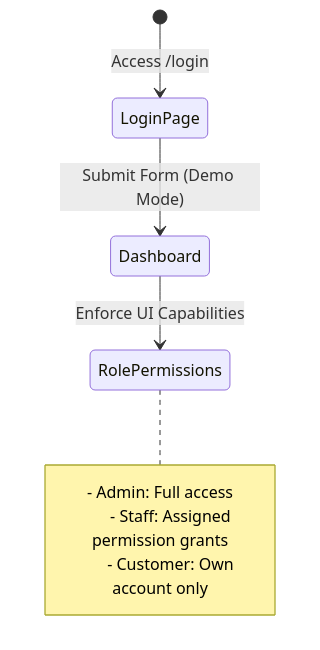
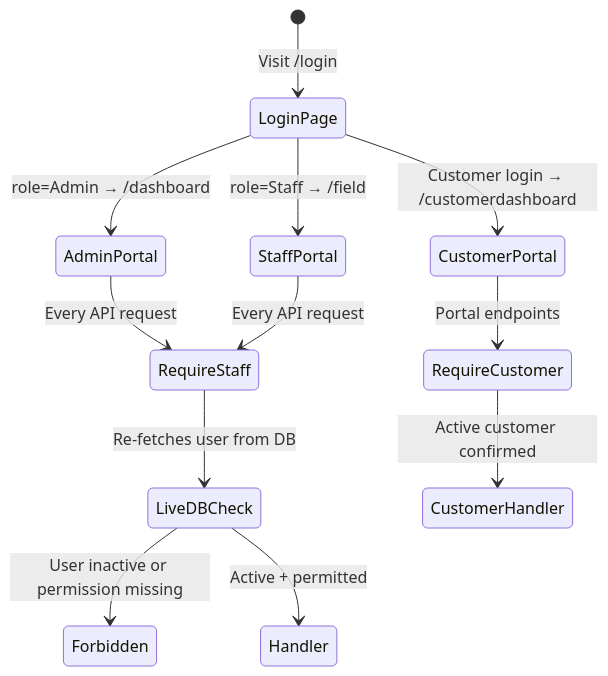
Before and after one commit to Perfect-Solution-International/Loan-management-system: the fourth of 4 diagrams in README.md, drawn with Mermaid. The commit also changed other lines of this file, not shown here.

````diff
--- a/README.md
+++ b/README.md
@@ -672,11 +628,16 @@
 ```mermaid
 stateDiagram-v2
-    [*] --> LoginPage : Access /login
-    LoginPage --> Dashboard : Submit Form (Demo Mode)
-    Dashboard --> RolePermissions : Enforce UI Capabilities
-    note right of RolePermissions
-      - Admin: Full access
-      - Staff: Assigned permission grants
-      - Customer: Own account only
-    end note
+    [*] --> LoginPage : Visit /login
+    LoginPage --> AdminPortal : role=Admin → /dashboard
+    LoginPage --> StaffPortal : role=Staff → /field
+    LoginPage --> CustomerPortal : Customer login → /customerdashboard
+
+    AdminPortal --> RequireStaff : Every API request
+    StaffPortal --> RequireStaff : Every API request
+    RequireStaff --> LiveDBCheck : Re-fetches user from DB
+    LiveDBCheck --> Forbidden : User inactive or permission missing
+    LiveDBCheck --> Handler : Active + permitted
+
+    CustomerPortal --> RequireCustomer : Portal endpoints
+    RequireCustomer --> CustomerHandler : Active customer confirmed
 ```
````
